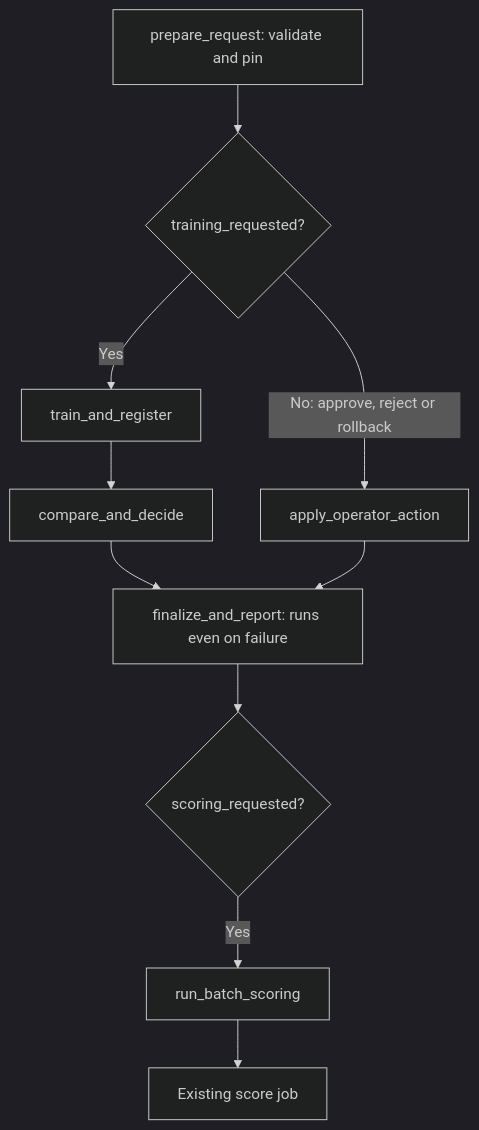
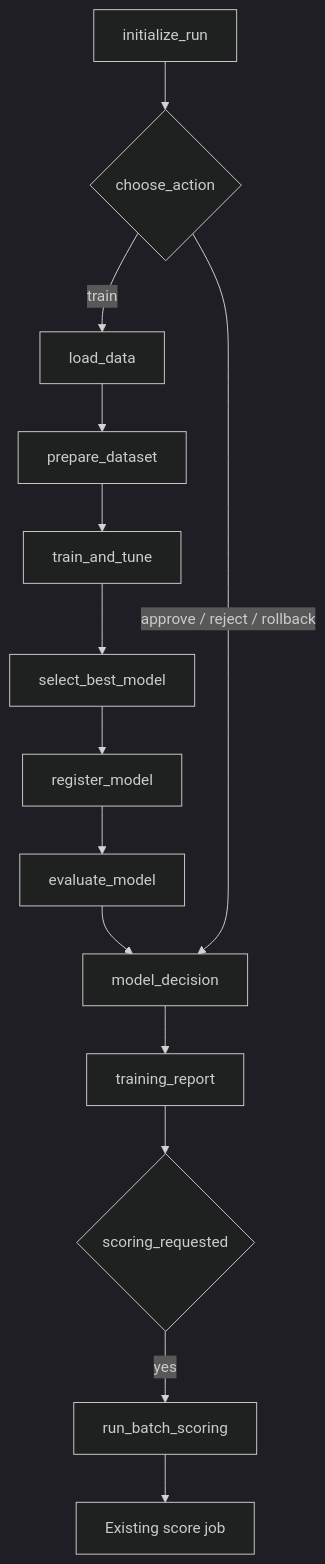
Before and after one commit to codeandchill91/skyulf: the second of 4 diagrams in docs/user_guide/databricks_bundle_walkthrough.md, drawn with Mermaid (dark theme). The commit also changed other lines of this file and 26 other files, not shown here.

Commit message:
feat(databricks): expose staged training lifecycle and split job resources

````diff
--- a/docs/user_guide/databricks_bundle_walkthrough.md
+++ b/docs/user_guide/databricks_bundle_walkthrough.md
@@ -306,12 +310,16 @@
 ```mermaid
 flowchart TD
-    A["prepare_request: validate and pin"] --> B{"training_requested?"}
-    B -->|"Yes"| C["train_and_register"]
-    C --> D["compare_and_decide"]
-    B -->|"No: approve, reject or rollback"| E["apply_operator_action"]
-    D --> F["finalize_and_report: runs even on failure"]
-    E --> F
-    F --> G{"scoring_requested?"}
-    G -->|"Yes"| H["run_batch_scoring"]
-    H --> I["Existing score job"]
+    A[initialize_run] --> B{choose_action}
+    B -->|train| C[load_data]
+    C --> D[prepare_dataset]
+    D --> E[train_and_tune]
+    E --> F[select_best_model]
+    F --> G[register_model]
+    G --> H[evaluate_model]
+    H --> I[model_decision]
+    B -->|approve / reject / rollback| I
+    I --> J[training_report]
+    J --> K{scoring_requested}
+    K -->|yes| L[run_batch_scoring]
+    L --> M[Existing score job]
 ```
````
